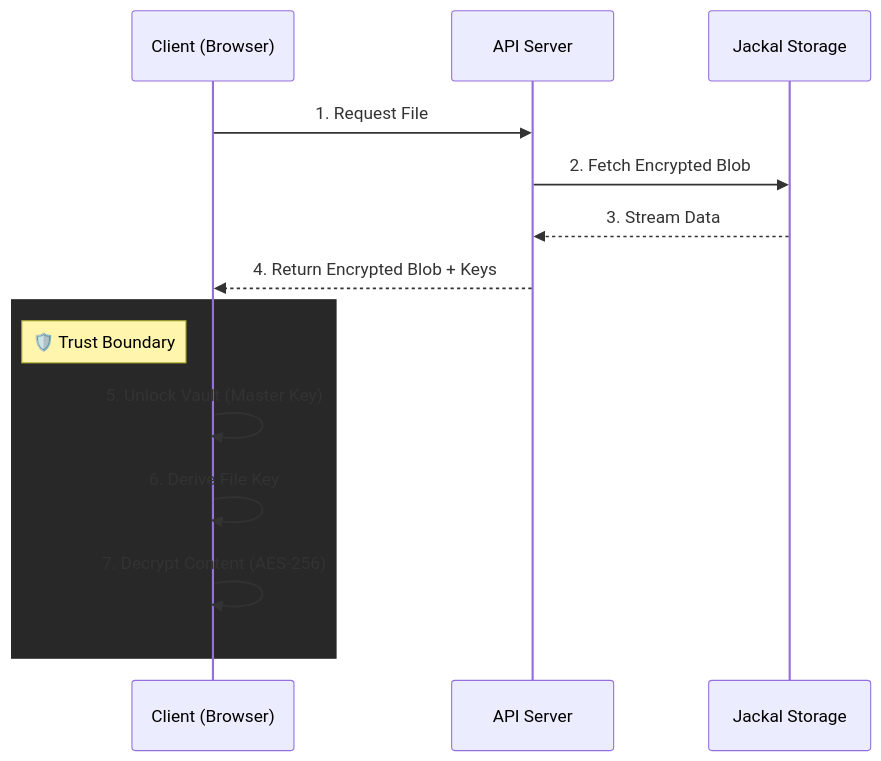
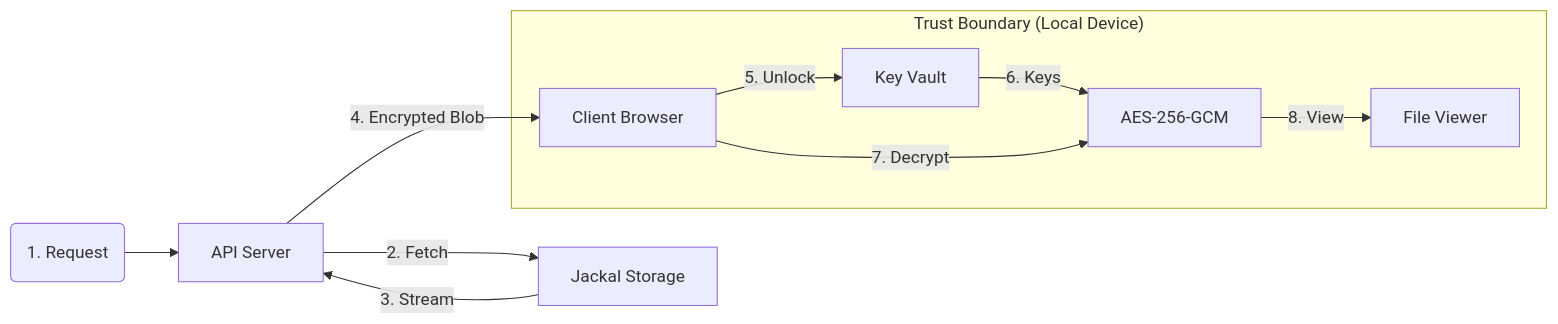
Before and after one commit to jtoba66/Lazybird-Nest: the second of 2 diagrams in README.md, drawn with Mermaid.

Commit message:
Docs: Switch to Left-to-Right graph for better readability

````diff
--- a/README.md
+++ b/README.md
@@ -44,18 +44,14 @@
 ```mermaid
-sequenceDiagram
-    participant User as Client (Browser)
-    participant Server as API Server
-    participant Jackal as Jackal Storage
+graph LR
+    User(1. Request) --> Server[API Server]
+    Server -->|2. Fetch| Jackal[Jackal Storage]
+    Jackal -->|3. Stream| Server
+    Server -->|4. Encrypted Blob| Client[Client Browser]
 
-    User->>Server: 1. Request File
-    Server->>Jackal: 2. Fetch Encrypted Blob
-    Jackal-->>Server: 3. Stream Data
-    Server-->>User: 4. Return Encrypted Blob + Keys
-
-    rect rgb(40, 40, 40)
-        Note left of User: 🛡️ Trust Boundary
-        User->>User: 5. Unlock Vault (Master Key)
-        User->>User: 6. Derive File Key
-        User->>User: 7. Decrypt Content (AES-256)
+    subgraph "Trust Boundary (Local Device)"
+        Client -->|5. Unlock| Vault[Key Vault]
+        Vault -->|6. Keys| Decrypt[AES-256-GCM]
+        Client -->|7. Decrypt| Decrypt
+        Decrypt -->|8. View| Viewer[File Viewer]
     end
 ```
````
